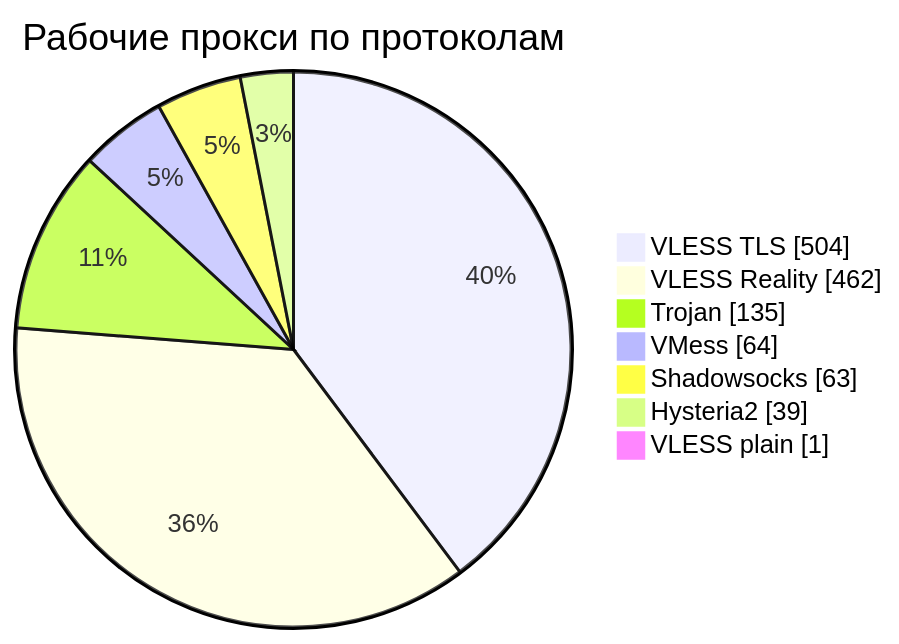
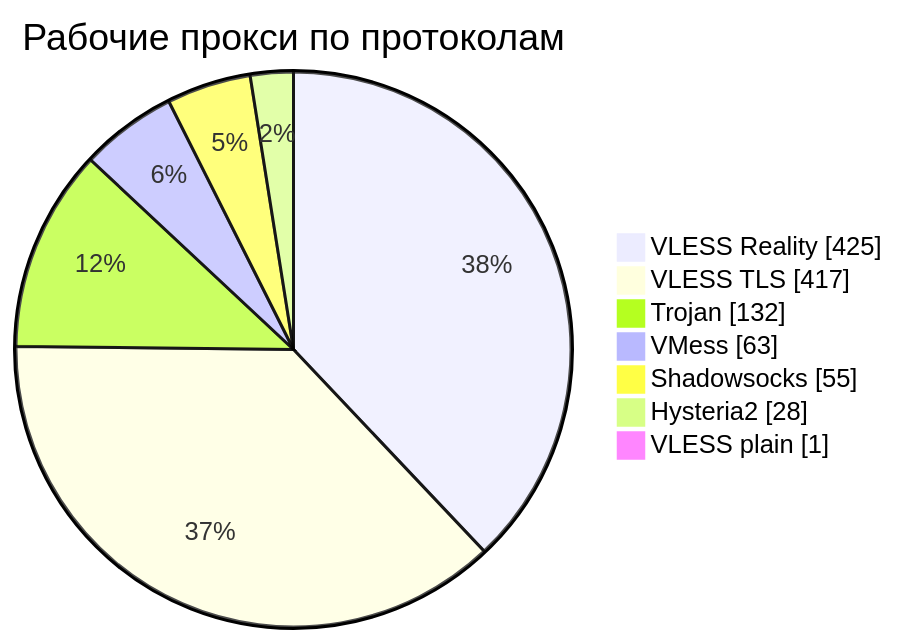
One commit to rvvg/proxy-subs changed the third of 4 diagrams in README.md. Above: the diagram before and after it, drawn with Mermaid. The commit also changed other lines of this file and 55 other files, not shown here.

````diff
--- a/README.md
+++ b/README.md
@@ -144,11 +146,11 @@
 ```mermaid
 pie showData
     title Рабочие прокси по протоколам
-    "VLESS TLS" : 504
-    "VLESS Reality" : 462
-    "Trojan" : 135
-    "VMess" : 64
-    "Shadowsocks" : 63
-    "Hysteria2" : 39
+    "VLESS Reality" : 425
+    "VLESS TLS" : 417
+    "Trojan" : 132
+    "VMess" : 63
+    "Shadowsocks" : 55
+    "Hysteria2" : 28
     "VLESS plain" : 1
 ```
````
